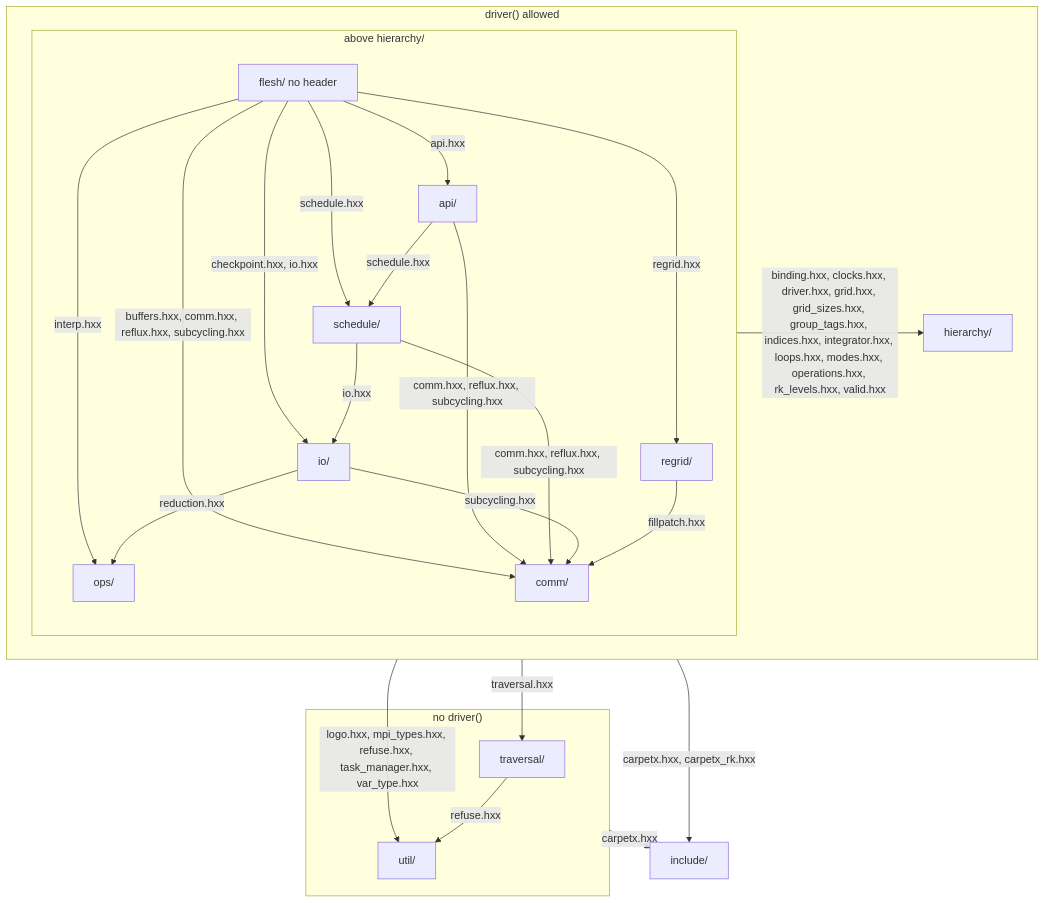
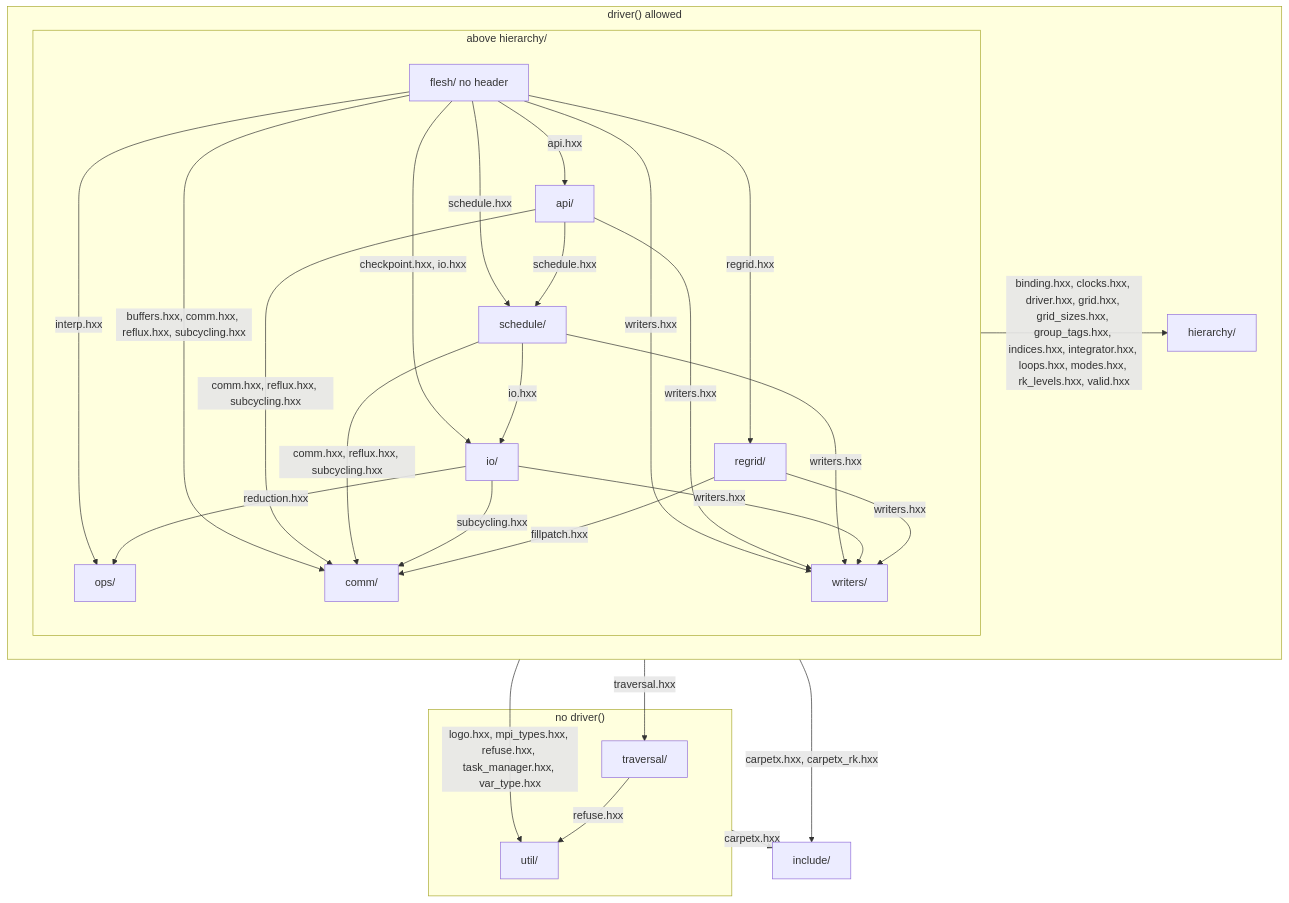
One commit to lwJi/CarpetX changed the first of 3 diagrams in agent_docs/carpetx-internals.md. Above: the diagram before and after it, drawn with Mermaid. The commit also changed other lines of this file and 22 other files, not shown here.

````diff
--- a/agent_docs/carpetx-internals.md
+++ b/agent_docs/carpetx-internals.md
@@ -7,39 +7,45 @@
 ```mermaid
 flowchart TB
   subgraph door["driver() allowed"]
     subgraph above["above hierarchy/"]
       flesh["flesh/ no header"]
       api["api/"]
       schedule["schedule/"]
       io["io/"]
       ops["ops/"]
       regrid["regrid/"]
       comm["comm/"]
+      writers["writers/"]
     end
     hierarchy["hierarchy/"]
   end
   subgraph nodoor["no driver()"]
     traversal["traversal/"]
     util["util/"]
   end
   include["include/"]
   flesh -- "api.hxx" --> api
   flesh -- "schedule.hxx" --> schedule
   flesh -- "checkpoint.hxx, io.hxx" --> io
   flesh -- "interp.hxx" --> ops
   flesh -- "regrid.hxx" --> regrid
   flesh -- "buffers.hxx, comm.hxx, reflux.hxx, subcycling.hxx" --> comm
+  flesh -- "writers.hxx" --> writers
   api -- "schedule.hxx" --> schedule
   api -- "comm.hxx, reflux.hxx, subcycling.hxx" --> comm
+  api -- "writers.hxx" --> writers
   schedule -- "io.hxx" --> io
   schedule -- "comm.hxx, reflux.hxx, subcycling.hxx" --> comm
+  schedule -- "writers.hxx" --> writers
   io -- "reduction.hxx" --> ops
   io -- "subcycling.hxx" --> comm
+  io -- "writers.hxx" --> writers
   regrid -- "fillpatch.hxx" --> comm
+  regrid -- "writers.hxx" --> writers
   traversal -- "refuse.hxx" --> util
-  above -- "binding.hxx, clocks.hxx, driver.hxx, grid.hxx, grid_sizes.hxx, group_tags.hxx, indices.hxx, integrator.hxx, loops.hxx, modes.hxx, operations.hxx, rk_levels.hxx, valid.hxx" --> hierarchy
+  above -- "binding.hxx, clocks.hxx, driver.hxx, grid.hxx, grid_sizes.hxx, group_tags.hxx, indices.hxx, integrator.hxx, loops.hxx, modes.hxx, rk_levels.hxx, valid.hxx" --> hierarchy
   door -- "traversal.hxx" --> traversal
   door -- "logo.hxx, mpi_types.hxx, refuse.hxx, task_manager.hxx, var_type.hxx" --> util
   door -- "carpetx.hxx, carpetx_rk.hxx" --> include
   nodoor -- "carpetx.hxx" --> include
 ```
````
